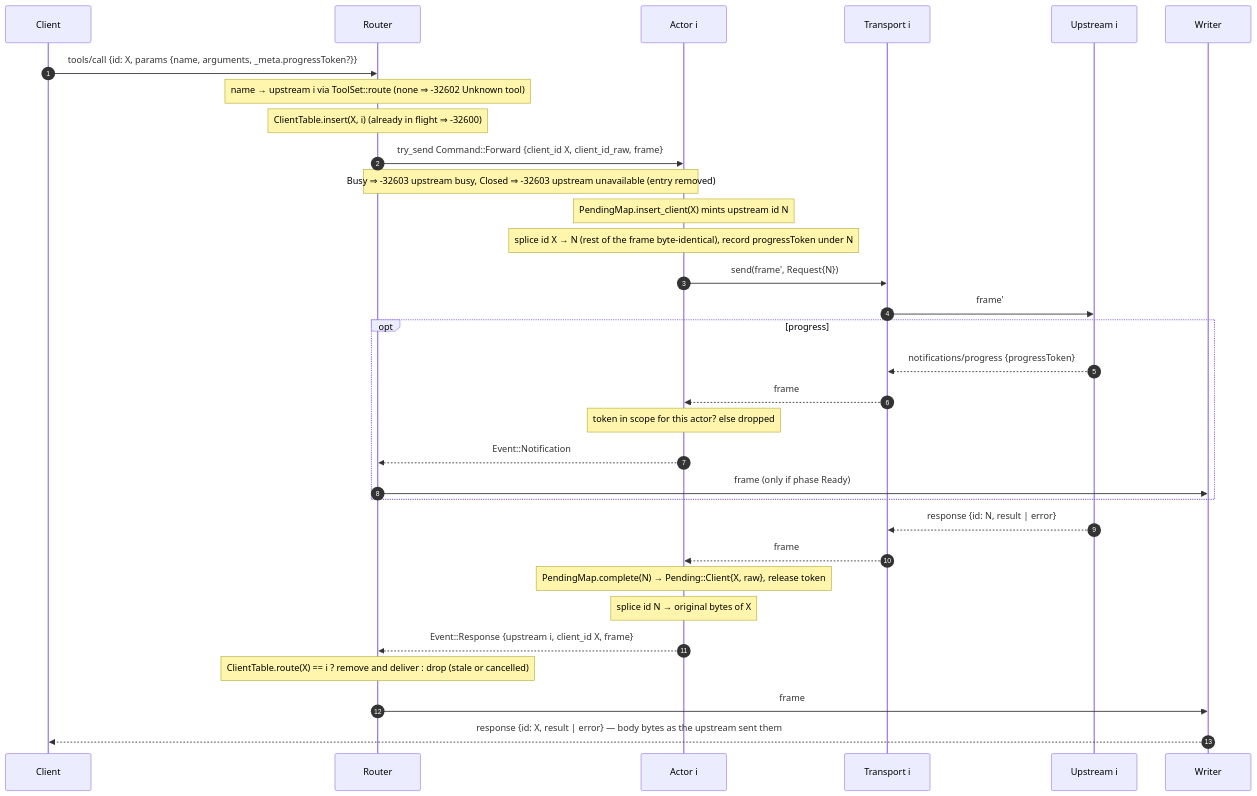
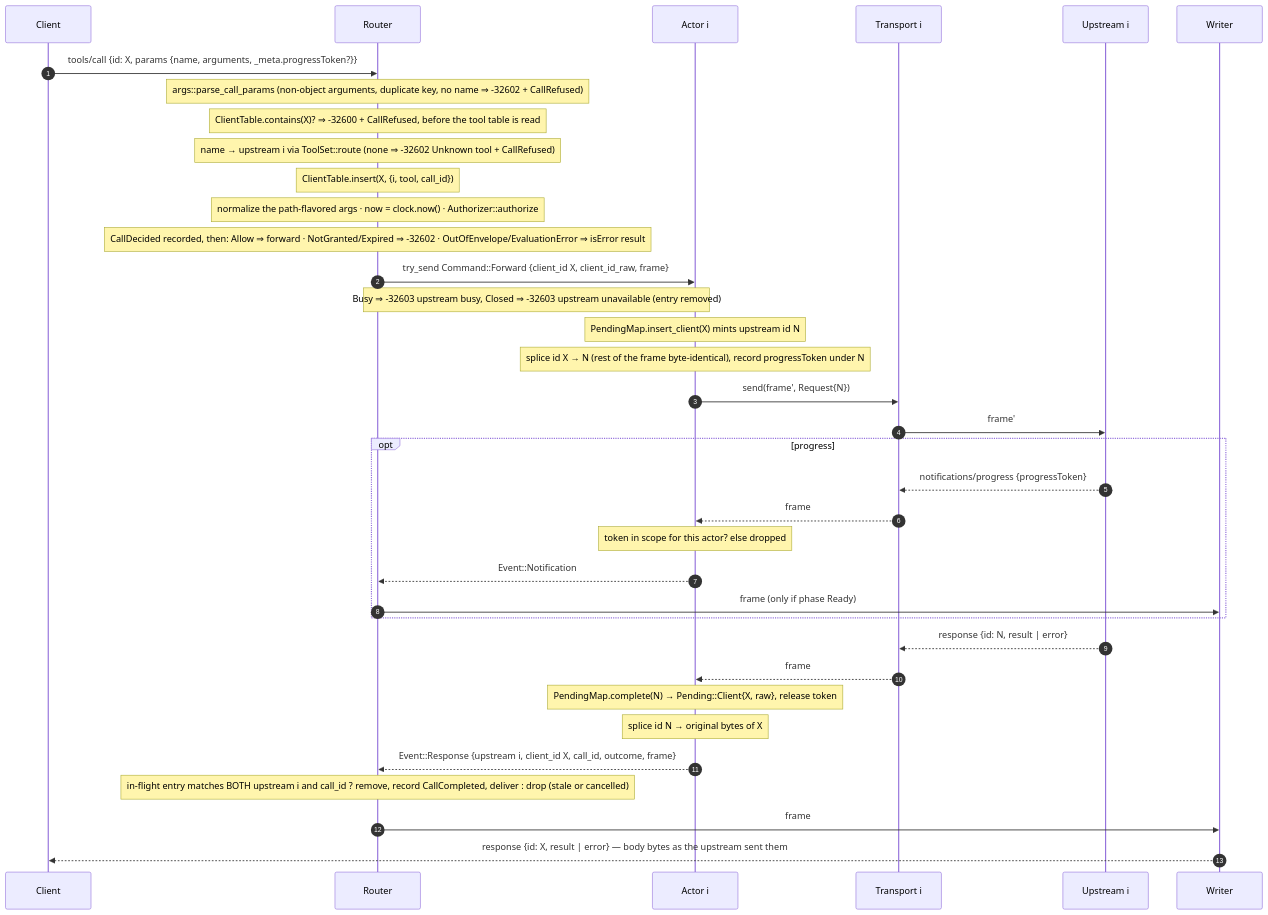
The eighth of 12 diagrams in docs/architecture/proxy-mcp.md (Flavian-Systems/flavium), drawn with Mermaid before and after one commit. The commit also changed other lines of this file and 24 other files, not shown here.

````diff
--- a/docs/architecture/proxy-mcp.md
+++ b/docs/architecture/proxy-mcp.md
@@ -415,35 +443,39 @@
 ```mermaid
 sequenceDiagram
     autonumber
     participant C as Client
     participant R as Router
     participant A as Actor i
     participant T as Transport i
     participant U as Upstream i
     participant W as Writer
 
     C->>R: tools/call {id: X, params {name, arguments, _meta.progressToken?}}
-    Note over R: name → upstream i via ToolSet::route (none ⇒ -32602 Unknown tool)
-    Note over R: ClientTable.insert(X, i) (already in flight ⇒ -32600)
+    Note over R: args::parse_call_params (non-object arguments, duplicate key, no name ⇒ -32602 + CallRefused)
+    Note over R: ClientTable.contains(X)? ⇒ -32600 + CallRefused, before the tool table is read
+    Note over R: name → upstream i via ToolSet::route (none ⇒ -32602 Unknown tool + CallRefused)
+    Note over R: ClientTable.insert(X, {i, tool, call_id})
+    Note over R: normalize the path-flavored args · now = clock.now() · Authorizer::authorize
+    Note over R: CallDecided recorded, then: Allow ⇒ forward · NotGranted/Expired ⇒ -32602 · OutOfEnvelope/EvaluationError ⇒ isError result
     R->>A: try_send Command::Forward {client_id X, client_id_raw, frame}
     Note over R,A: Busy ⇒ -32603 upstream busy, Closed ⇒ -32603 upstream unavailable (entry removed)
     Note over A: PendingMap.insert_client(X) mints upstream id N
     Note over A: splice id X → N (rest of the frame byte-identical), record progressToken under N
     A->>T: send(frame', Request{N})
     T->>U: frame'
     opt progress
         U-->>T: notifications/progress {progressToken}
         T-->>A: frame
         Note over A: token in scope for this actor? else dropped
         A-->>R: Event::Notification
         R->>W: frame (only if phase Ready)
     end
     U-->>T: response {id: N, result | error}
     T-->>A: frame
     Note over A: PendingMap.complete(N) → Pending::Client{X, raw}, release token
     Note over A: splice id N → original bytes of X
-    A-->>R: Event::Response {upstream i, client_id X, frame}
-    Note over R: ClientTable.route(X) == i ? remove and deliver : drop (stale or cancelled)
+    A-->>R: Event::Response {upstream i, client_id X, call_id, outcome, frame}
+    Note over R: in-flight entry matches BOTH upstream i and call_id ? remove, record CallCompleted, deliver : drop (stale or cancelled)
     R->>W: frame
     W-->>C: response {id: X, result | error} — body bytes as the upstream sent them
 ```
````
